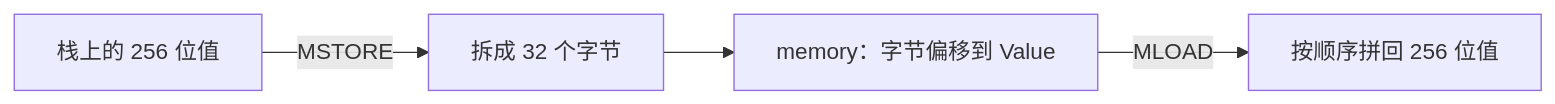
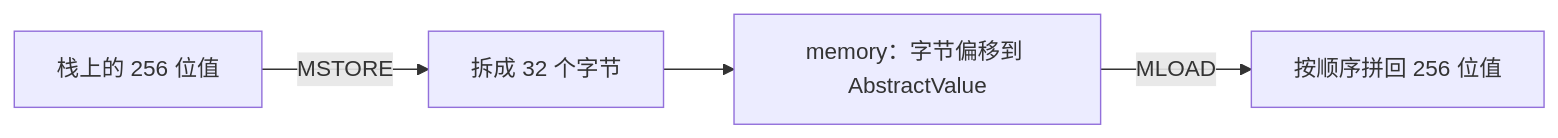
The first of 2 diagrams in docs/14-memory-model.md (ethever/evm-abstract-lab), drawn with Mermaid before and after one commit. The commit also changed other lines of this file and 77 other files, not shown here.

````diff
--- a/docs/14-memory-model.md
+++ b/docs/14-memory-model.md
@@ -74,6 +74,6 @@
 ```mermaid
 flowchart LR
     W["栈上的 256 位值"] -->|MSTORE| B["拆成 32 个字节"]
-    B --> M["memory：字节偏移到 Value"]
+    B --> M["memory：字节偏移到 AbstractValue"]
     M -->|MLOAD| R["按顺序拼回 256 位值"]
 ```
````
